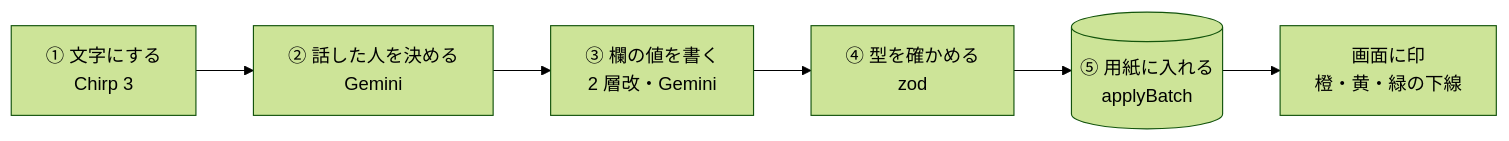
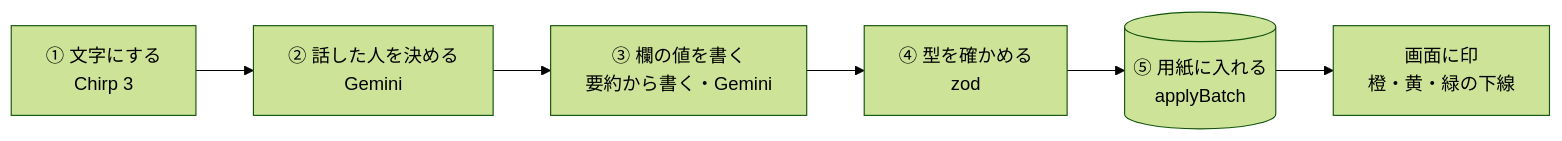
Before and after one commit to Devfest-Hackathon-2026/df-2026-t062: the second of 2 diagrams in README.md, drawn with Mermaid (forest theme). The commit also changed other lines of this file and 28 other files, not shown here.

````diff
--- a/README.md
+++ b/README.md
@@ -183,8 +183,8 @@
 ```mermaid
 flowchart LR
     A["① 文字にする<br/>Chirp 3"] --> B["② 話した人を決める<br/>Gemini"]
-    B --> C["③ 欄の値を書く<br/>2 層改・Gemini"]
+    B --> C["③ 欄の値を書く<br/>要約から書く・Gemini"]
     C --> D["④ 型を確かめる<br/>zod"]
     D --> E[("⑤ 用紙に入れる<br/>applyBatch")]
     E --> F["画面に印<br/>橙・黄・緑の下線"]
 ```
````
